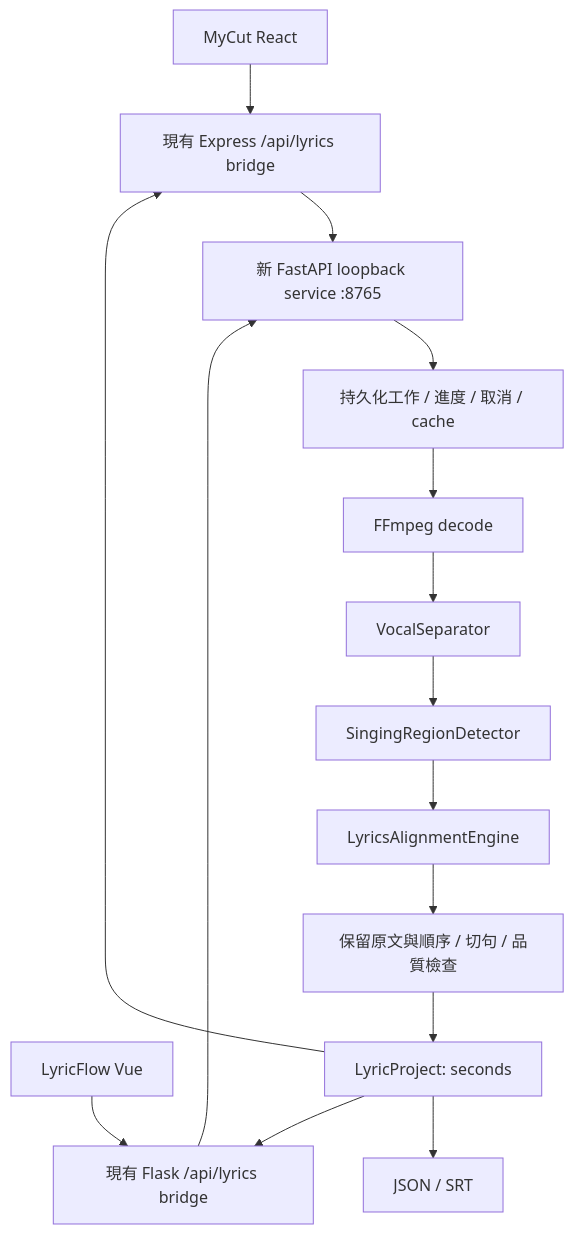
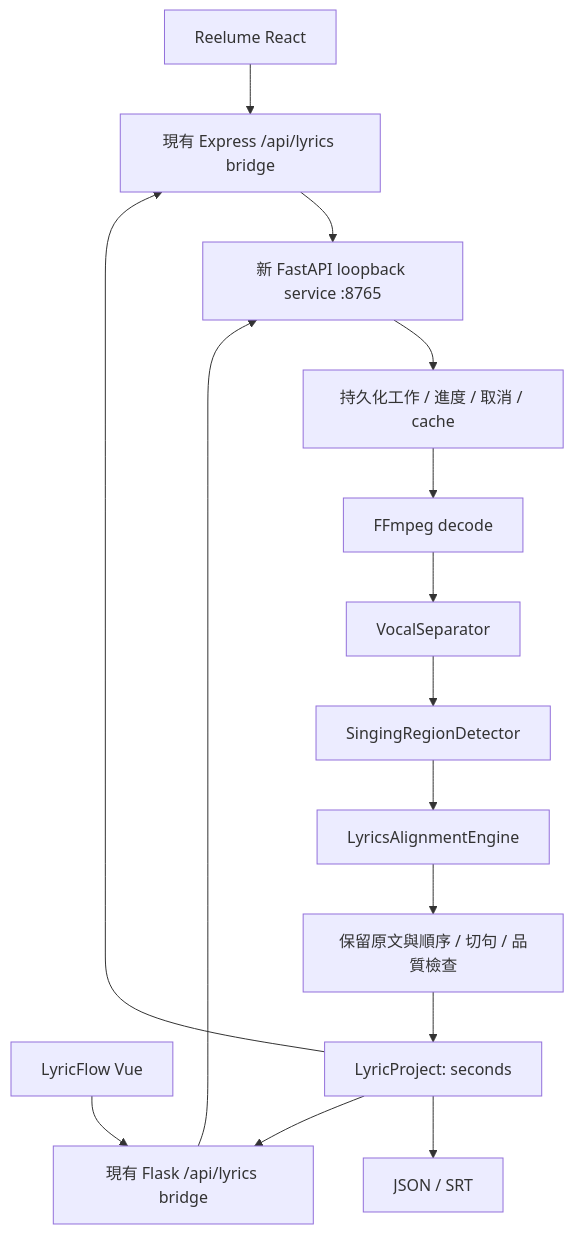
Before and after one commit to regan1114/MyCut: the diagram in LYRICS_ENGINE_PLAN.md, drawn with Mermaid. The commit also changed other lines of this file and 144 other files, not shown here.

````diff
--- a/LYRICS_ENGINE_PLAN.md
+++ b/LYRICS_ENGINE_PLAN.md
@@ -13,17 +13,17 @@
 ```mermaid
 flowchart TD
-  React[MyCut React] --> Express[現有 Express /api/lyrics bridge]
+  React[Reelume React] --> Express[現有 Express /api/lyrics bridge]
   Vue[LyricFlow Vue] --> Flask[現有 Flask /api/lyrics bridge]
   Express --> API[新 FastAPI loopback service :8765]
   Flask --> API
   API --> Jobs[持久化工作 / 進度 / 取消 / cache]
   Jobs --> Decode[FFmpeg decode]
   Decode --> Separate[VocalSeparator]
   Separate --> Detect[SingingRegionDetector]
   Detect --> Align[LyricsAlignmentEngine]
   Align --> Segment[保留原文與順序 / 切句 / 品質檢查]
   Segment --> Timeline[LyricProject: seconds]
   Timeline --> Export[JSON / SRT]
   Timeline --> Express
   Timeline --> Flask
 ```
````
